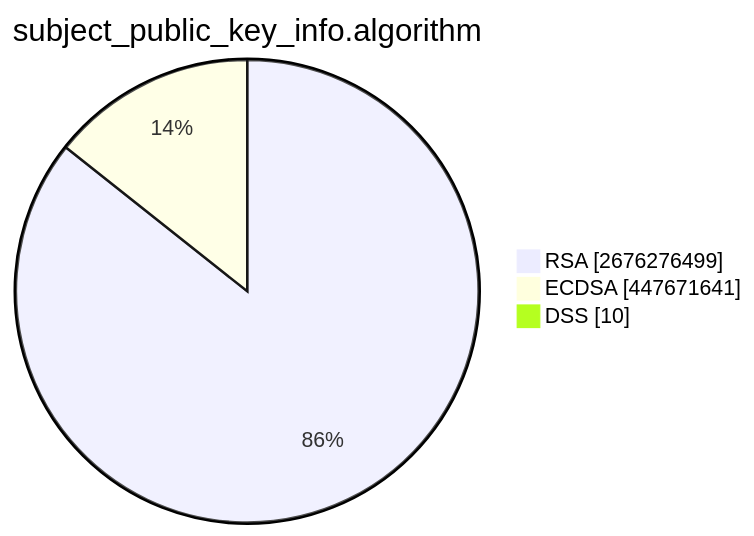
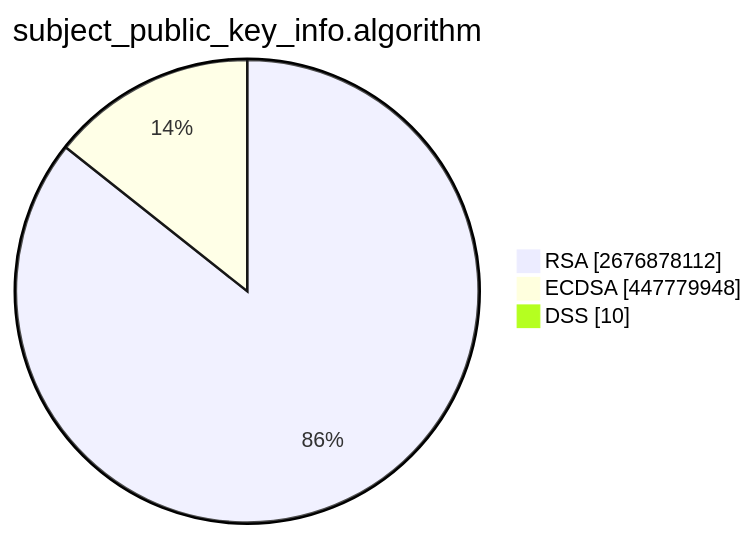
One commit to christiankrug/ctmonitor_visualization changed the second of 15 diagrams in TOTAL/README.md. Above: the diagram before and after it, drawn with Mermaid. The commit also changed other lines of this file, not shown here.

````diff
--- a/TOTAL/README.md
+++ b/TOTAL/README.md
@@ -6,7 +6,7 @@
 ```mermaid
 pie showData
 title subject_public_key_info.algorithm
-"RSA" :2676276499
-"ECDSA" :447671641
+"RSA" :2676878112
+"ECDSA" :447779948
 "DSS" :10
 ```
````
